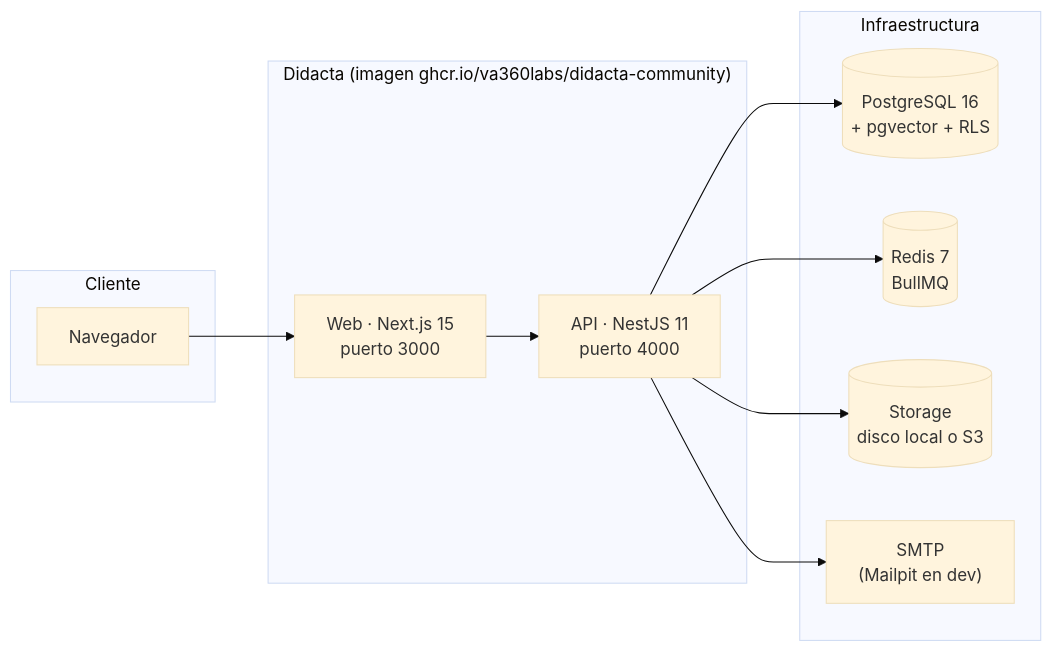
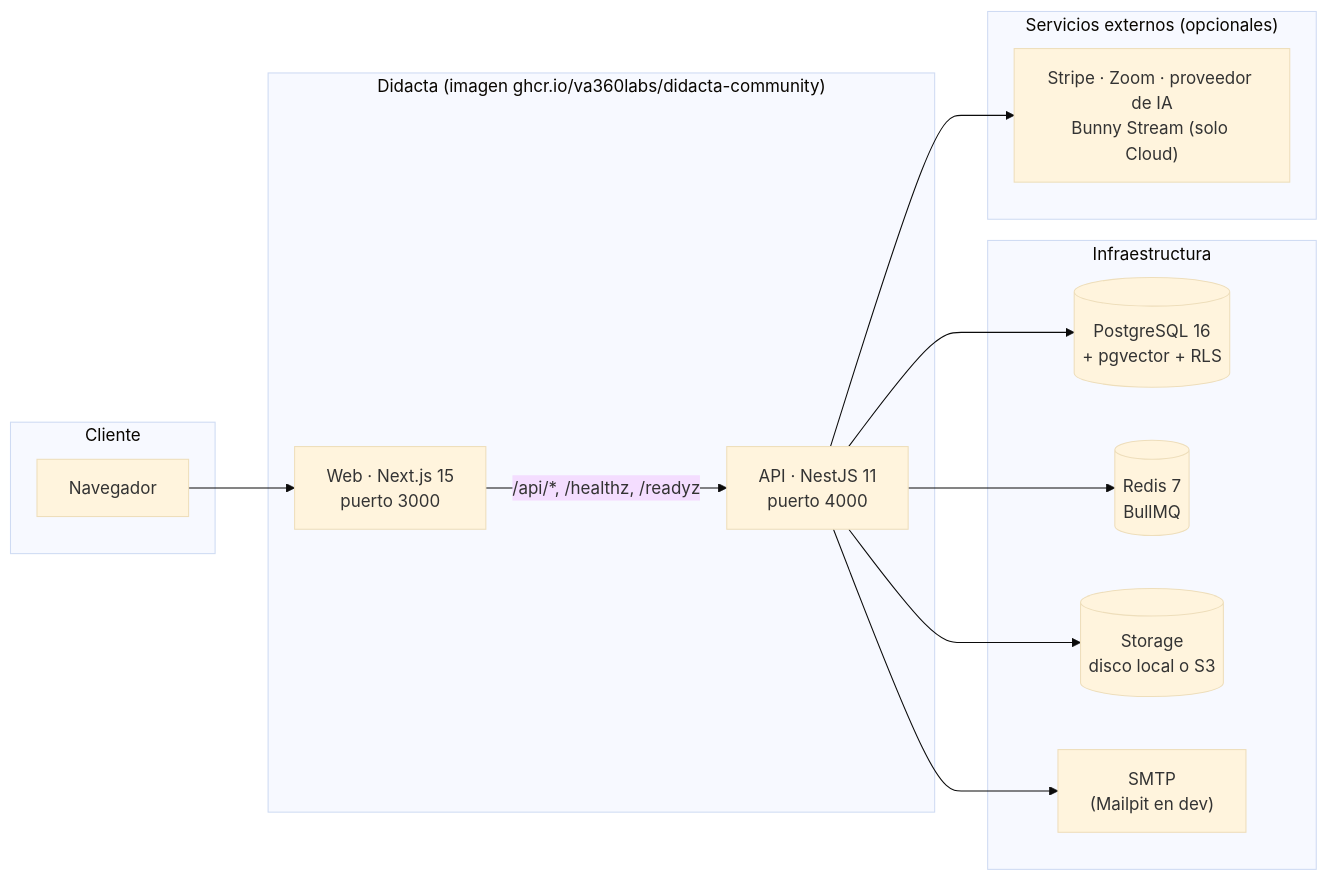
Before and after one commit to va360labs/didacta-docs: the diagram in docs/getting-started/architecture.md, drawn with Mermaid (base theme). The commit also changed other lines of this file and 369 other files, not shown here.

First line of the commit message:
docs: Cloud, MCP, webhooks, API y módulos al día con la beta.24 (#8)

````diff
--- a/docs/getting-started/architecture.md
+++ b/docs/getting-started/architecture.md
@@ -7,22 +7,26 @@
 ```mermaid
 flowchart LR
     subgraph Cliente
         B[Navegador]
     end
     subgraph "Didacta (imagen ghcr.io/va360labs/didacta-community)"
         W["Web · Next.js 15<br/>puerto 3000"]
         A["API · NestJS 11<br/>puerto 4000"]
     end
     subgraph Infraestructura
         P[("PostgreSQL 16<br/>+ pgvector + RLS")]
         R[("Redis 7<br/>BullMQ")]
         S[("Storage<br/>disco local o S3")]
         M["SMTP<br/>(Mailpit en dev)"]
     end
+    subgraph "Servicios externos (opcionales)"
+        X["Stripe · Zoom · proveedor de IA<br/>Bunny Stream (solo Cloud)"]
+    end
     B --> W
-    W --> A
+    W -->|"/api/*, /healthz, /readyz"| A
     A --> P
     A --> R
     A --> S
     A --> M
+    A --> X
 ```
````
